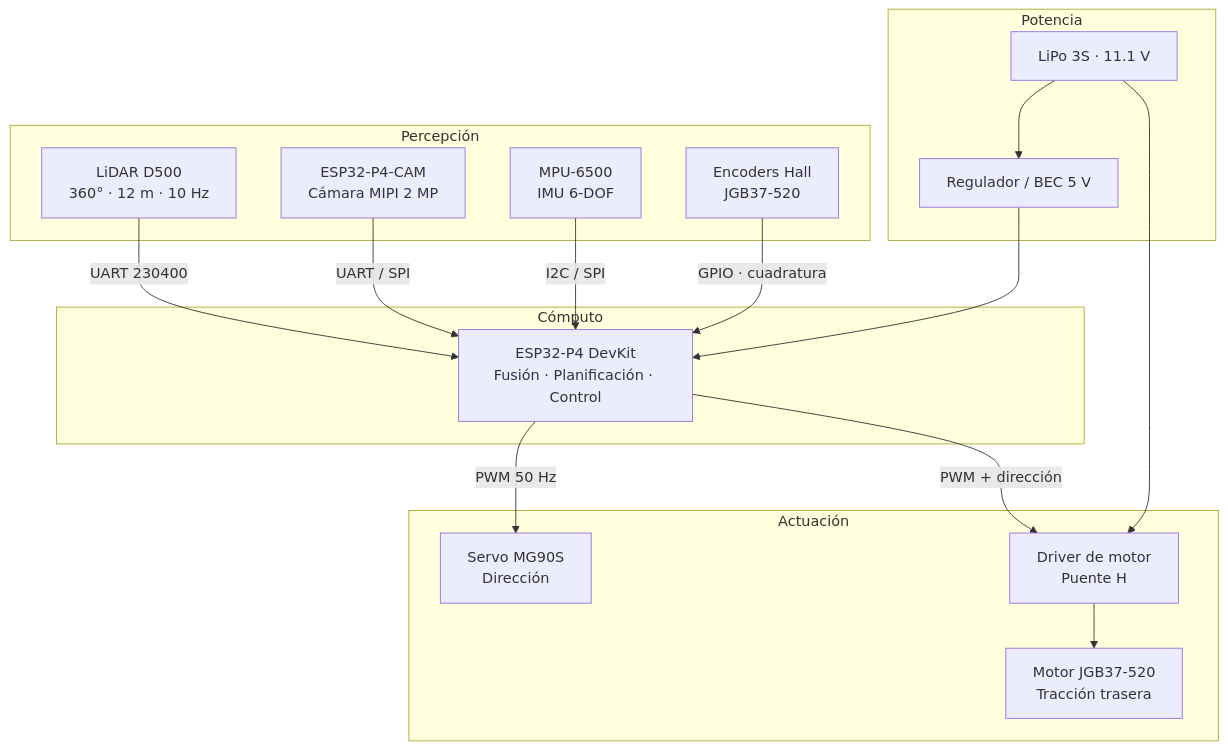
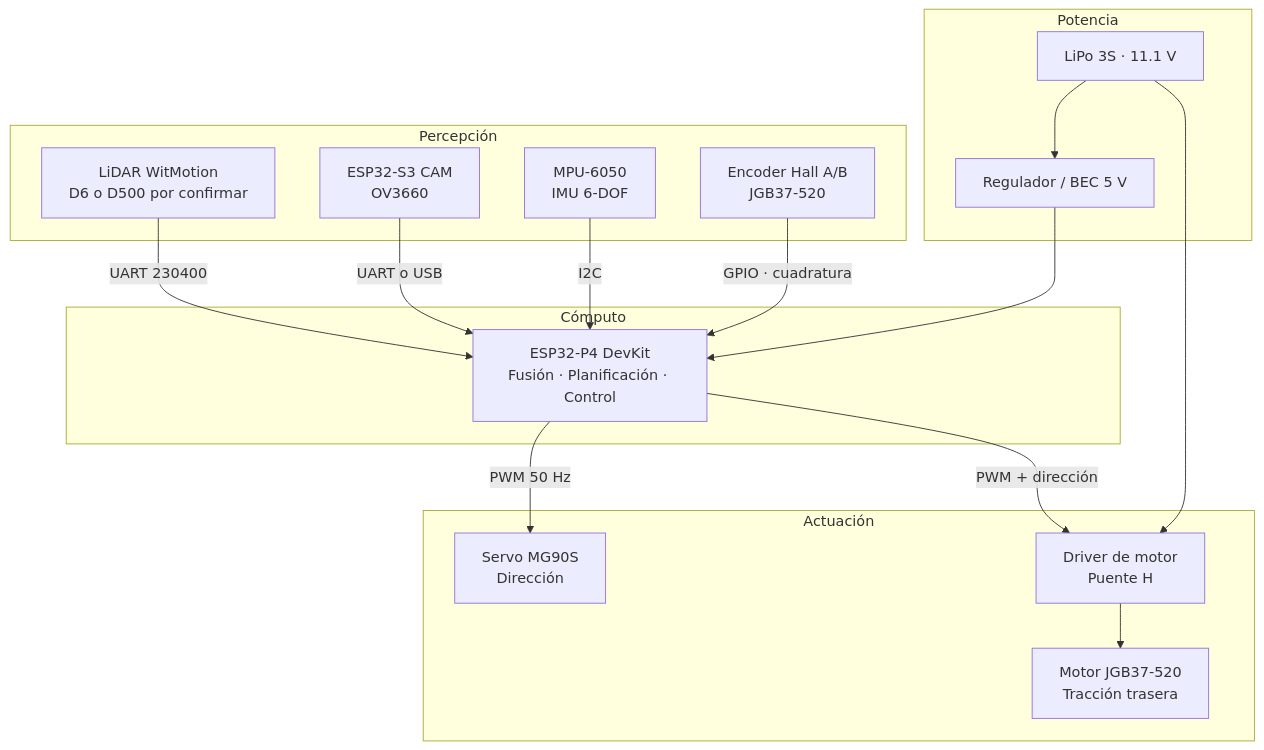
One commit to Eddym06/AutoNex changed the first of 3 diagrams in README.md. Above: the diagram before and after it, drawn with Mermaid. The commit also changed other lines of this file and 213 other files, not shown here.

````diff
--- a/README.md
+++ b/README.md
@@ -108,36 +113,36 @@
 ```mermaid
 flowchart TB
     subgraph PER["Percepción"]
-        LIDAR["LiDAR D500<br/>360° · 12 m · 10 Hz"]
-        CAM["ESP32-P4-CAM<br/>Cámara MIPI 2 MP"]
-        IMU["MPU-6500<br/>IMU 6-DOF"]
-        ENC["Encoders Hall<br/>JGB37-520"]
+        LIDAR["LiDAR WitMotion<br/>D6 o D500 por confirmar"]
+        CAM["ESP32-S3 CAM<br/>OV3660"]
+        IMU["MPU-6050<br/>IMU 6-DOF"]
+        ENC["Encoder Hall A/B<br/>JGB37-520"]
     end
 
     subgraph CORE["Cómputo"]
         MAIN["ESP32-P4 DevKit<br/>Fusión · Planificación · Control"]
     end
 
     subgraph ACT["Actuación"]
         SERVO["Servo MG90S<br/>Dirección"]
         DRV["Driver de motor<br/>Puente H"]
         MOTOR["Motor JGB37-520<br/>Tracción trasera"]
     end
 
     subgraph PWR["Potencia"]
         BAT["LiPo 3S · 11.1 V"]
         BEC["Regulador / BEC 5 V"]
     end
 
     LIDAR -->|UART 230400| MAIN
-    CAM -->|UART / SPI| MAIN
-    IMU -->|I2C / SPI| MAIN
+    CAM -->|UART o USB| MAIN
+    IMU -->|I2C| MAIN
     ENC -->|GPIO · cuadratura| MAIN
 
     MAIN -->|PWM 50 Hz| SERVO
     MAIN -->|PWM + dirección| DRV
     DRV --> MOTOR
 
     BAT --> BEC --> MAIN
     BAT --> DRV
 ```
````
